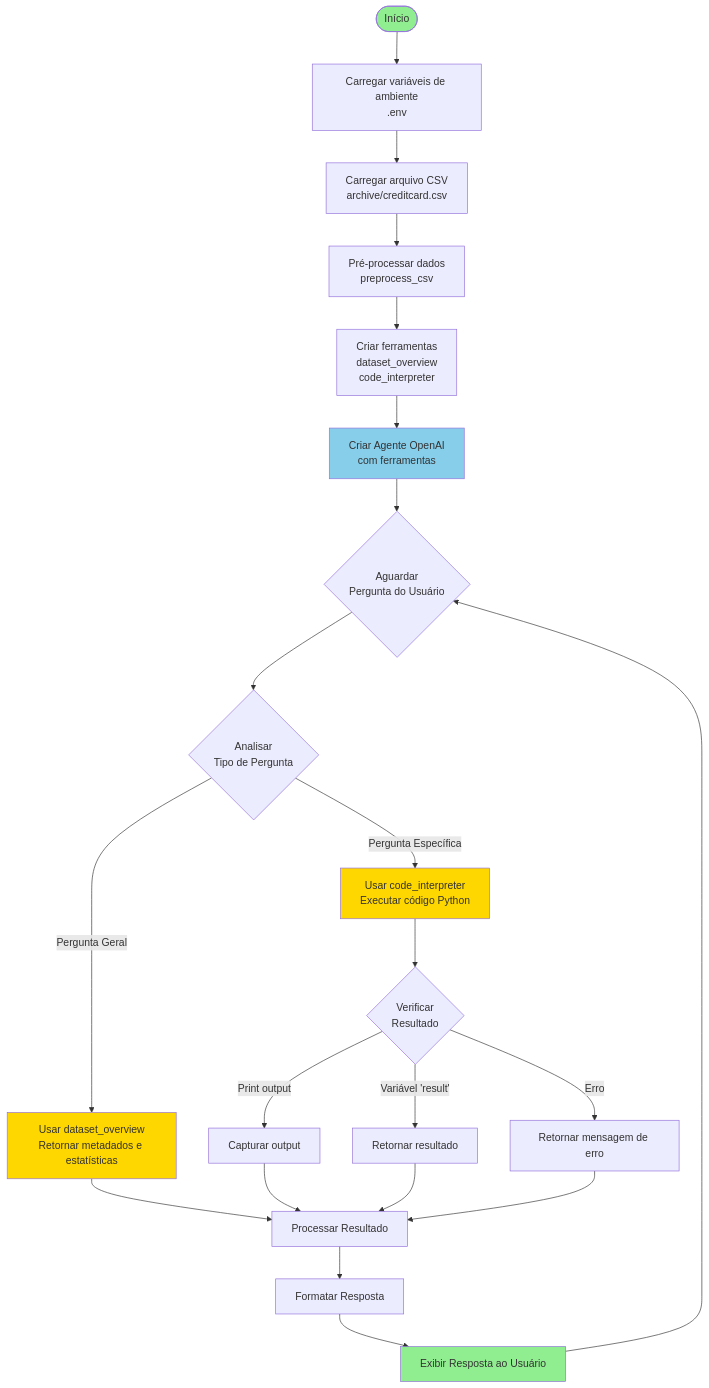
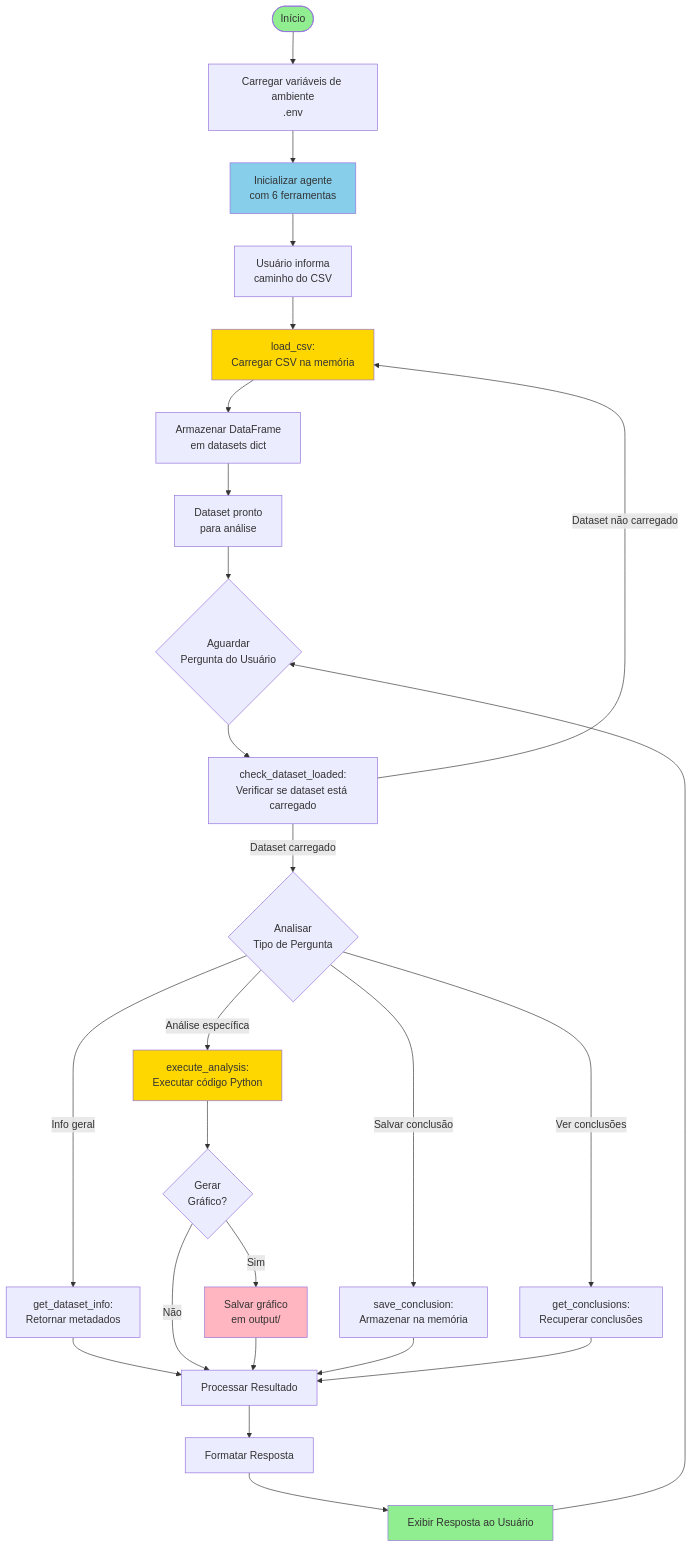
Before and after one commit to marviniDev/agent-analyzer-data: the first of 10 diagrams in doc/fluxograma.md, drawn with Mermaid. The commit also changed other lines of this file and 8 other files, not shown here.

First line of the commit message:
Implement EDA agent with CSV loading and analysis tools

````diff
--- a/doc/fluxograma.md
+++ b/doc/fluxograma.md
@@ -7,38 +7,44 @@
 ```mermaid
 flowchart TD
     Start([Início]) --> LoadEnv[Carregar variáveis de ambiente<br/>.env]
-    LoadEnv --> LoadCSV[Carregar arquivo CSV<br/>archive/creditcard.csv]
-    LoadCSV --> Preprocess[Pré-processar dados<br/>preprocess_csv]
+    LoadEnv --> Init[Inicializar agente<br/>com 6 ferramentas]
     
-    Preprocess --> CreateTools[Criar ferramentas<br/>dataset_overview<br/>code_interpreter]
-    CreateTools --> CreateAgent[Criar Agente OpenAI<br/>com ferramentas]
+    Init --> UserInput[Usuário informa<br/>caminho do CSV]
+    UserInput --> LoadCSV[load_csv:<br/>Carregar CSV na memória]
     
-    CreateAgent --> WaitQuestion{Aguardar<br/>Pergunta do Usuário}
+    LoadCSV --> StoreData[Armazenar DataFrame<br/>em datasets dict]
+    StoreData --> Ready[Dataset pronto<br/>para análise]
     
-    WaitQuestion --> AnalyzeQuestion{Analisar<br/>Tipo de Pergunta}
+    Ready --> WaitQuestion{Aguardar<br/>Pergunta do Usuário}
     
-    AnalyzeQuestion -->|Pergunta Geral| UseOverview[Usar dataset_overview<br/>Retornar metadados e estatísticas]
-    AnalyzeQuestion -->|Pergunta Específica| UseInterpreter[Usar code_interpreter<br/>Executar código Python]
+    WaitQuestion --> CheckDataset[check_dataset_loaded:<br/>Verificar se dataset está carregado]
     
-    UseOverview --> ProcessResult[Processar Resultado]
-    UseInterpreter --> CheckResult{Verificar<br/>Resultado}
+    CheckDataset -->|Dataset carregado| AnalyzeType{Analisar<br/>Tipo de Pergunta}
+    CheckDataset -->|Dataset não carregado| LoadCSV
     
-    CheckResult -->|Variável 'result'| ReturnResult[Retornar resultado]
-    CheckResult -->|Print output| CaptureOutput[Capturar output]
-    CheckResult -->|Erro| ReturnError[Retornar mensagem de erro]
+    AnalyzeType -->|Info geral| GetInfo[get_dataset_info:<br/>Retornar metadados]
+    AnalyzeType -->|Análise específica| ExecuteCode[execute_analysis:<br/>Executar código Python]
+    AnalyzeType -->|Salvar conclusão| SaveConclusion[save_conclusion:<br/>Armazenar na memória]
+    AnalyzeType -->|Ver conclusões| GetConclusions[get_conclusions:<br/>Recuperar conclusões]
     
-    CaptureOutput --> ProcessResult
-    ReturnResult --> ProcessResult
-    ReturnError --> ProcessResult
+    GetInfo --> ProcessResult[Processar Resultado]
+    ExecuteCode --> GenerateGraph{Gerar<br/>Gráfico?}
+    GenerateGraph -->|Sim| SaveGraph[Salvar gráfico<br/>em output/]
+    GenerateGraph -->|Não| ProcessResult
+    SaveGraph --> ProcessResult
+    
+    SaveConclusion --> ProcessResult
+    GetConclusions --> ProcessResult
     
     ProcessResult --> FormatResponse[Formatar Resposta]
     FormatResponse --> DisplayResponse[Exibir Resposta ao Usuário]
     
     DisplayResponse --> WaitQuestion
     
     style Start fill:#90EE90
-    style CreateAgent fill:#87CEEB
-    style UseOverview fill:#FFD700
-    style UseInterpreter fill:#FFD700
+    style Init fill:#87CEEB
+    style LoadCSV fill:#FFD700
+    style ExecuteCode fill:#FFD700
+    style SaveGraph fill:#FFB6C1
     style DisplayResponse fill:#90EE90
 ```
````
